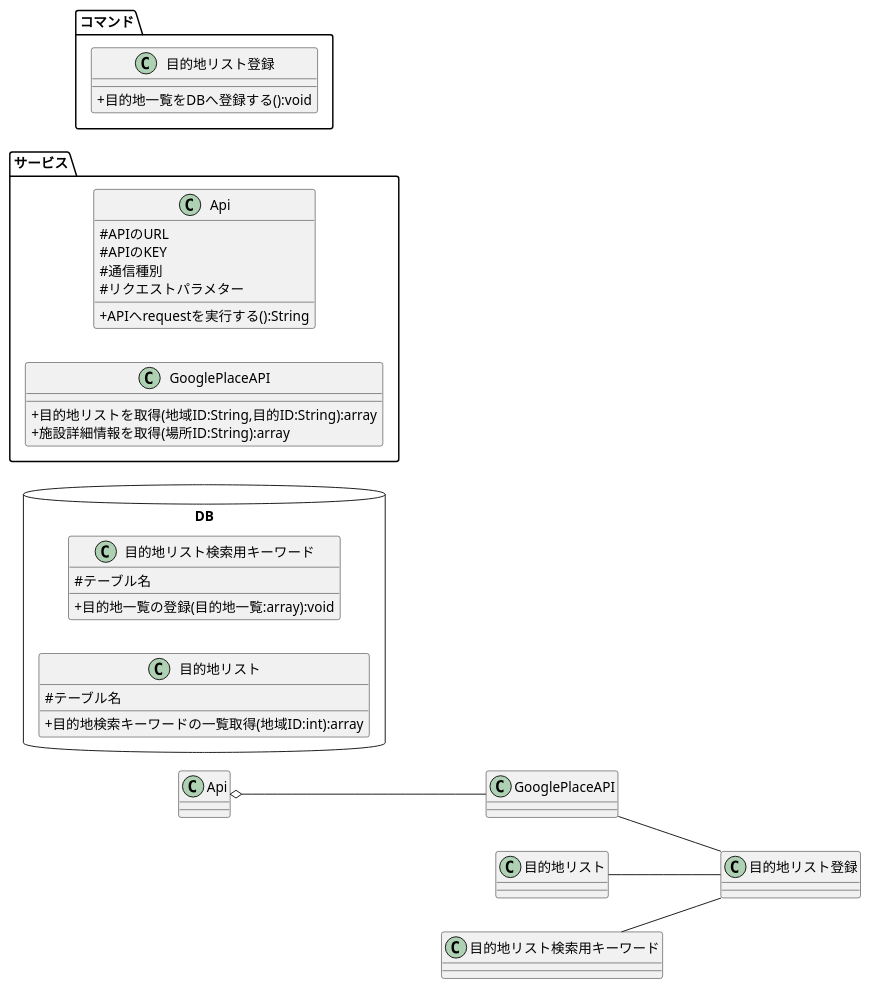
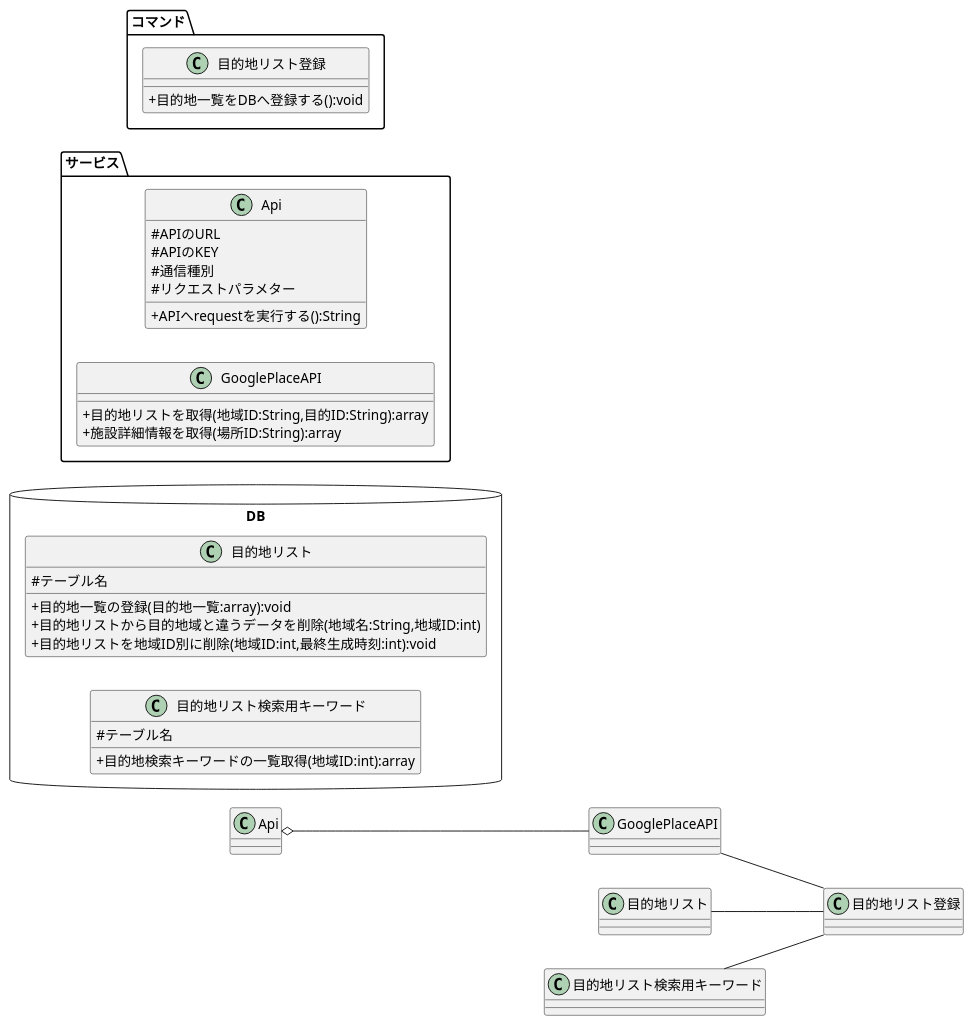
One commit to teamack20172020/sotukenTest changed the diagram in 設計書/クラス図/済：システム1：目的地一覧をDBへ登録する.pu. Above: the diagram before and after it, drawn with PlantUML.

Commit message:
メソッドの修正

```diff
--- a/設計書/クラス図/済：システム1：目的地一覧をDBへ登録する.pu
+++ b/設計書/クラス図/済：システム1：目的地一覧をDBへ登録する.pu
@@ -1,46 +1,48 @@
 @startuml
 
 skinparam classAttributeIconSize 0
 
 package DB <<Database>>  {
     left to right direction
-    class 目的地リスト検索用キーワード {
+    class 目的地リスト {
         # テーブル名
         + 目的地一覧の登録(目的地一覧:array):void
+        + 目的地リストから目的地域と違うデータを削除(地域名:String,地域ID:int)
+        + 目的地リストを地域ID別に削除(地域ID:int,最終生成時刻:int):void
     }
     
-    class 目的地リスト{
+    class 目的地リスト検索用キーワード{
         # テーブル名
         + 目的地検索キーワードの一覧取得(地域ID:int):array
     }
 }
 
 package サービス{
     left to right direction
     class Api {
         # APIのURL
         # APIのKEY
         # 通信種別
         # リクエストパラメター
         + APIへrequestを実行する():String
     }
 
     class GooglePlaceAPI {
         + 目的地リストを取得(地域ID:String,目的ID:String):array
         + 施設詳細情報を取得(場所ID:String):array
     }
 
     .Api o-- .GooglePlaceAPI
 }
 
 package コマンド{
     class 目的地リスト登録 {
         + 目的地一覧をDBへ登録する():void
     }
 
     .GooglePlaceAPI -- .目的地リスト登録
     .目的地リスト -- .目的地リスト登録
     .目的地リスト検索用キーワード -- .目的地リスト登録
 }
 
 @enduml
```
